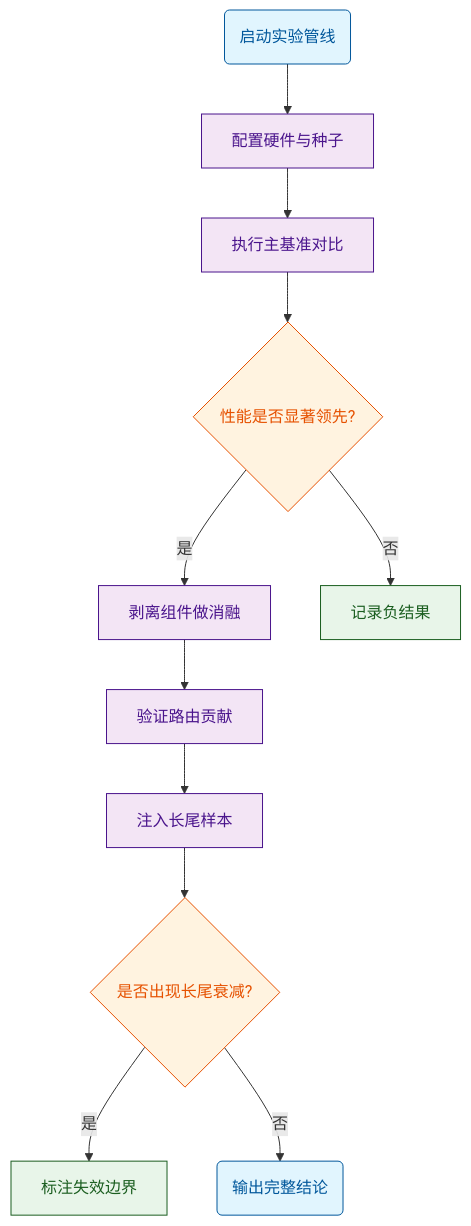
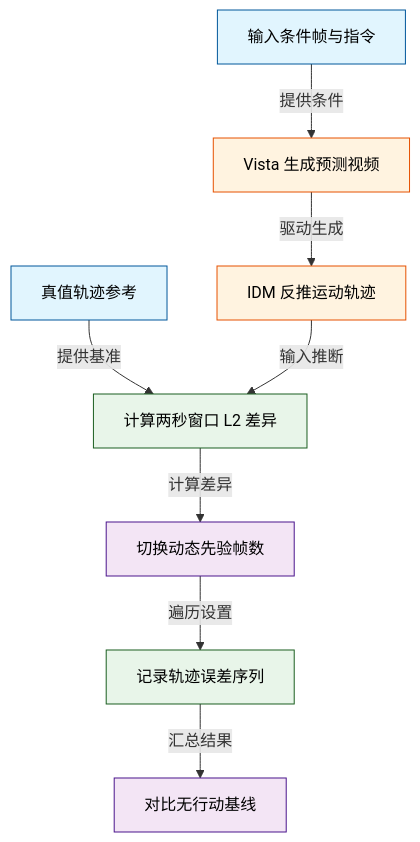
One commit to ShinewineW/paper-rolling changed the fifth of 10 diagrams in person_vault/2026-06-08_Vista_2405.17398/report.md. Above: the diagram before and after it, drawn with Mermaid. The commit also changed other lines of this file and 51 other files, not shown here.

````diff
--- a/person_vault/2026-06-08_Vista_2405.17398/report.md
+++ b/person_vault/2026-06-08_Vista_2405.17398/report.md
@@ -204,18 +300,15 @@
 ```mermaid
 flowchart TD
-    classDef start fill:#e1f5fe,color:#01579b,stroke:#01579b;
-    classDef proc fill:#f3e5f5,color:#4a148c,stroke:#4a148c;
-    classDef dec fill:#fff3e0,color:#e65100,stroke:#e65100;
-    classDef data fill:#e8f5e9,color:#1b5e20,stroke:#1b5e20;
+    classDef data fill:#e1f5fe,stroke:#01579b,color:#000;
+    classDef model fill:#fff3e0,stroke:#e65100,color:#000;
+    classDef metric fill:#e8f5e9,stroke:#1b5e20,color:#000;
+    classDef decision fill:#f3e5f5,stroke:#4a148c,color:#000;
 
-    init_pipeline(启动实验管线):::start --> setup_env["配置硬件与种子"]:::proc
-    setup_env --> run_main["执行主基准对比"]:::proc
-    run_main --> check_perf{性能是否显著领先?}:::dec
-    check_perf -- 是 --> run_ablation["剥离组件做消融"]:::proc
-    check_perf -- 否 --> log_fail["记录负结果"]:::data
-    run_ablation --> isolate_gate["验证路由贡献"]:::proc
-    isolate_gate --> stress_test["注入长尾样本"]:::proc
-    stress_test --> check_ood{是否出现长尾衰减?}:::dec
-    check_ood -- 是 --> report_limit["标注失效边界"]:::data
-    check_ood -- 否 --> finalize(输出完整结论):::start
+    cond_input["输入条件帧与指令"]:::data -->|提供条件| vista_gen["Vista 生成预测视频"]:::model
+    vista_gen -->|驱动生成| idm_infer["IDM 反推运动轨迹"]:::model
+    gt_traj["真值轨迹参考"]:::data -->|提供基准| calc_l2["计算两秒窗口 L2 差异"]:::metric
+    idm_infer -->|输入推断| calc_l2
+    calc_l2 -->|计算差异| vary_prior["切换动态先验帧数"]:::decision
+    vary_prior -->|遍历设置| record_err["记录轨迹误差序列"]:::metric
+    record_err -->|汇总结果| compare_base["对比无行动基线"]:::decision
 ```
````
